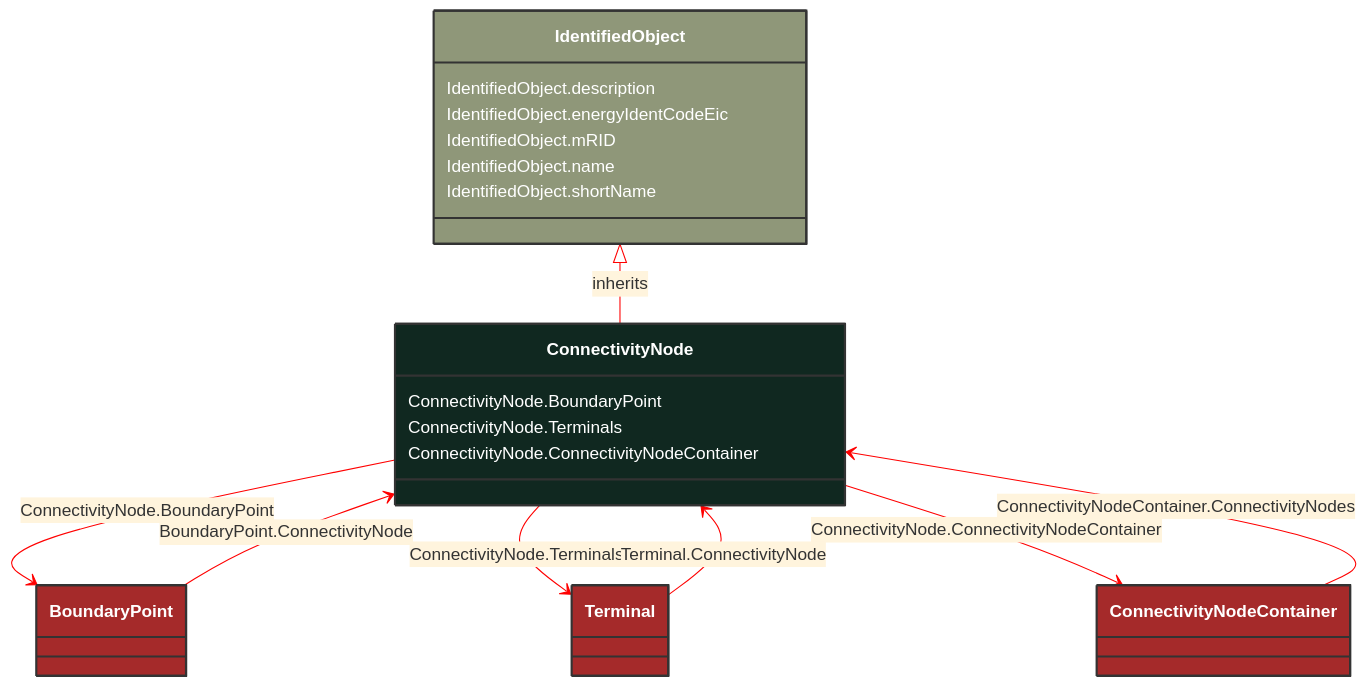
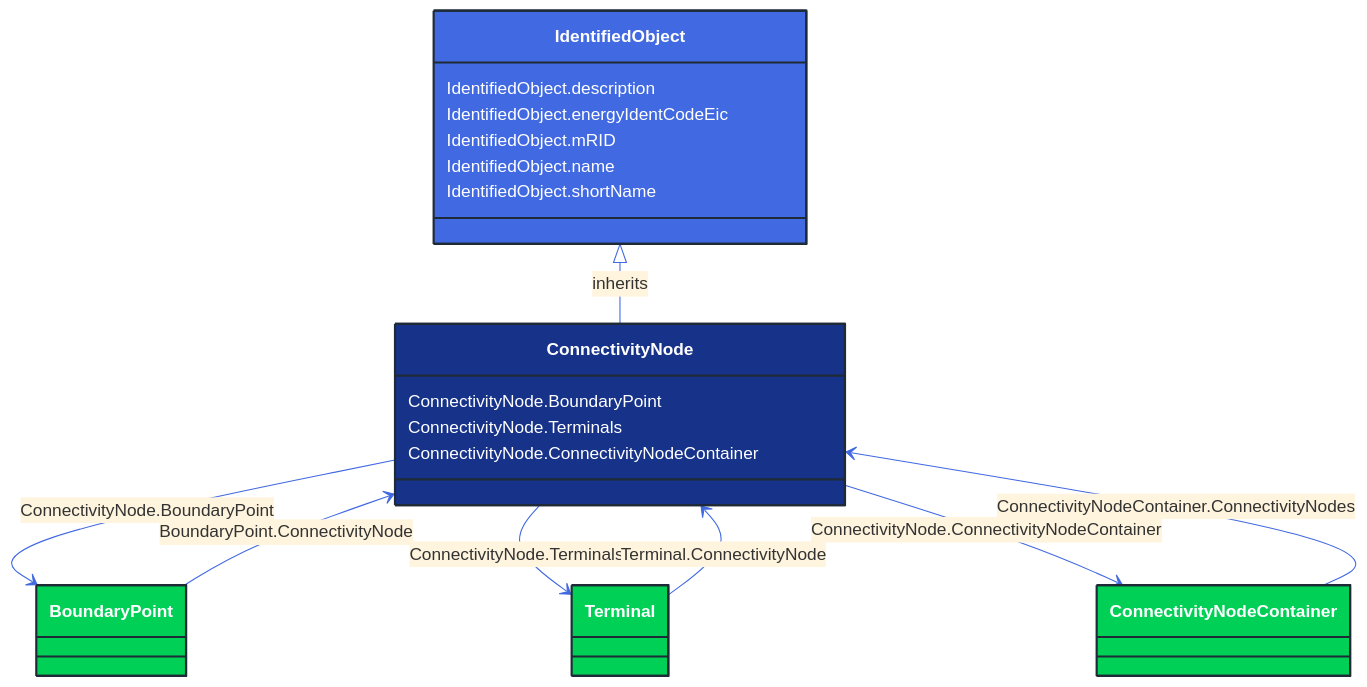
Before and after one commit to 3lbits/NoCIMExtensions: the diagram in docs/Models/Profiles/CoreEquipment/AbstractClasses/ConnectivityNode.md, drawn with Mermaid. The commit also changed 362 other files, not shown here.

First line of the commit message:
Update diagrams and styles for improved visual consistency

````diff
--- a/docs/Models/Profiles/CoreEquipment/AbstractClasses/ConnectivityNode.md
+++ b/docs/Models/Profiles/CoreEquipment/AbstractClasses/ConnectivityNode.md
@@ -10,55 +10,55 @@
 ```mermaid
-%%{init: {'theme':'base','themeVariables': {'lineColor': '#FF0000'}}}%%
+%%{init: {'theme':'base','themeVariables': {'lineColor': '#4169E1'}}}%%
 classDiagram
     class ConnectivityNode
     click ConnectivityNode href "/Models/Profiles/CoreEquipment/AbstractClasses/ConnectivityNode/"
-    style ConnectivityNode fill:#102820,stroke:#333,stroke-width:2px,rx:10,ry:10,color:white
+    style ConnectivityNode fill:#163289,stroke:#1F2A37,stroke-width:2px,rx:10,ry:10,color:white
      
         IdentifiedObject <|-- ConnectivityNode : inherits
             click IdentifiedObject href "/Models/Profiles/CoreEquipment/AbstractClasses/IdentifiedObject/"
-            style IdentifiedObject fill:#8F9779,stroke:#333,stroke-width:2px,rx:10,ry:10,color:white
+            style IdentifiedObject fill:#4169E1,stroke:#1F2A37,stroke-width:2px,rx:10,ry:10,color:white
 
         ConnectivityNode --> BoundaryPoint : ConnectivityNode.BoundaryPoint
 
         BoundaryPoint
             click BoundaryPoint href "/Models/Profiles/CoreEquipment/ConcreteClasses/BoundaryPoint/"
-            style BoundaryPoint fill:#A52A2A,stroke:#333,stroke-width:2px,rx:10,ry:10,color:white
+            style BoundaryPoint fill:#00D156,stroke:#1F2A37,stroke-width:2px,rx:10,ry:10,color:white
         ConnectivityNode --> Terminal : ConnectivityNode.Terminals
 
         Terminal
             click Terminal href "/Models/Profiles/CoreEquipment/ConcreteClasses/Terminal/"
-            style Terminal fill:#A52A2A,stroke:#333,stroke-width:2px,rx:10,ry:10,color:white
+            style Terminal fill:#00D156,stroke:#1F2A37,stroke-width:2px,rx:10,ry:10,color:white
         ConnectivityNode --> ConnectivityNodeContainer : ConnectivityNode.ConnectivityNodeContainer
 
         ConnectivityNodeContainer
             click ConnectivityNodeContainer href "/Models/Profiles/CoreEquipment/AbstractClasses/ConnectivityNodeContainer/"
-            style ConnectivityNodeContainer fill:#A52A2A,stroke:#333,stroke-width:2px,rx:10,ry:10,color:white
+            style ConnectivityNodeContainer fill:#00D156,stroke:#1F2A37,stroke-width:2px,rx:10,ry:10,color:white
 
         BoundaryPoint --> ConnectivityNode : BoundaryPoint.ConnectivityNode
 
         BoundaryPoint
             click BoundaryPoint href "/Models/Profiles/CoreEquipment/ConcreteClasses/BoundaryPoint/"
-            style BoundaryPoint fill:#A52A2A,stroke:#333,stroke-width:2px,rx:10,ry:10,color:white
+            style BoundaryPoint fill:#00D156,stroke:#1F2A37,stroke-width:2px,rx:10,ry:10,color:white
 
         ConnectivityNodeContainer --> ConnectivityNode : ConnectivityNodeContainer.ConnectivityNodes
 
         ConnectivityNodeContainer
             click ConnectivityNodeContainer href "/Models/Profiles/CoreEquipment/AbstractClasses/ConnectivityNodeContainer/"
-            style ConnectivityNodeContainer fill:#A52A2A,stroke:#333,stroke-width:2px,rx:10,ry:10,color:white
+            style ConnectivityNodeContainer fill:#00D156,stroke:#1F2A37,stroke-width:2px,rx:10,ry:10,color:white
 
         Terminal --> ConnectivityNode : Terminal.ConnectivityNode
 
         Terminal
             click Terminal href "/Models/Profiles/CoreEquipment/ConcreteClasses/Terminal/"
-            style Terminal fill:#A52A2A,stroke:#333,stroke-width:2px,rx:10,ry:10,color:white
+            style Terminal fill:#00D156,stroke:#1F2A37,stroke-width:2px,rx:10,ry:10,color:white
 
 
         ConnectivityNode : ConnectivityNode.BoundaryPoint
         ConnectivityNode : ConnectivityNode.Terminals
         ConnectivityNode : ConnectivityNode.ConnectivityNodeContainer
         IdentifiedObject : IdentifiedObject.description
         IdentifiedObject : IdentifiedObject.energyIdentCodeEic
         IdentifiedObject : IdentifiedObject.mRID
         IdentifiedObject : IdentifiedObject.name
         IdentifiedObject : IdentifiedObject.shortName
 ```
````
